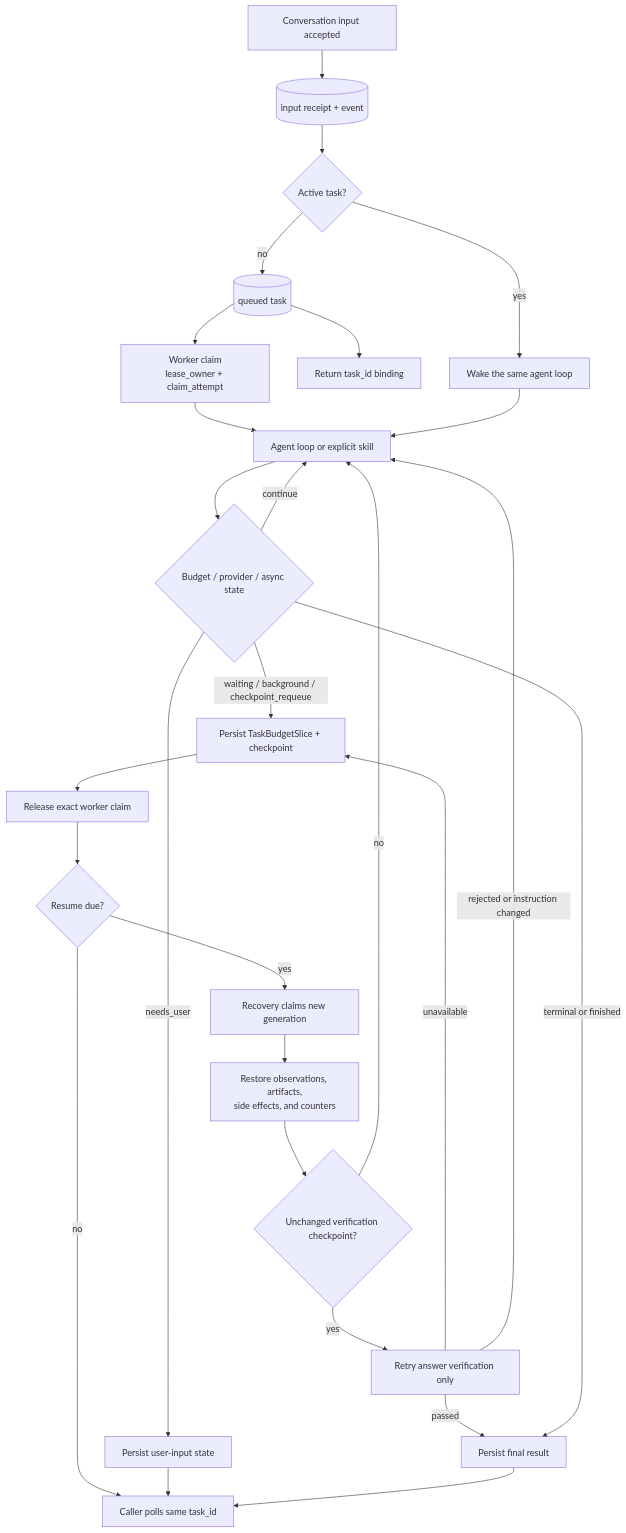
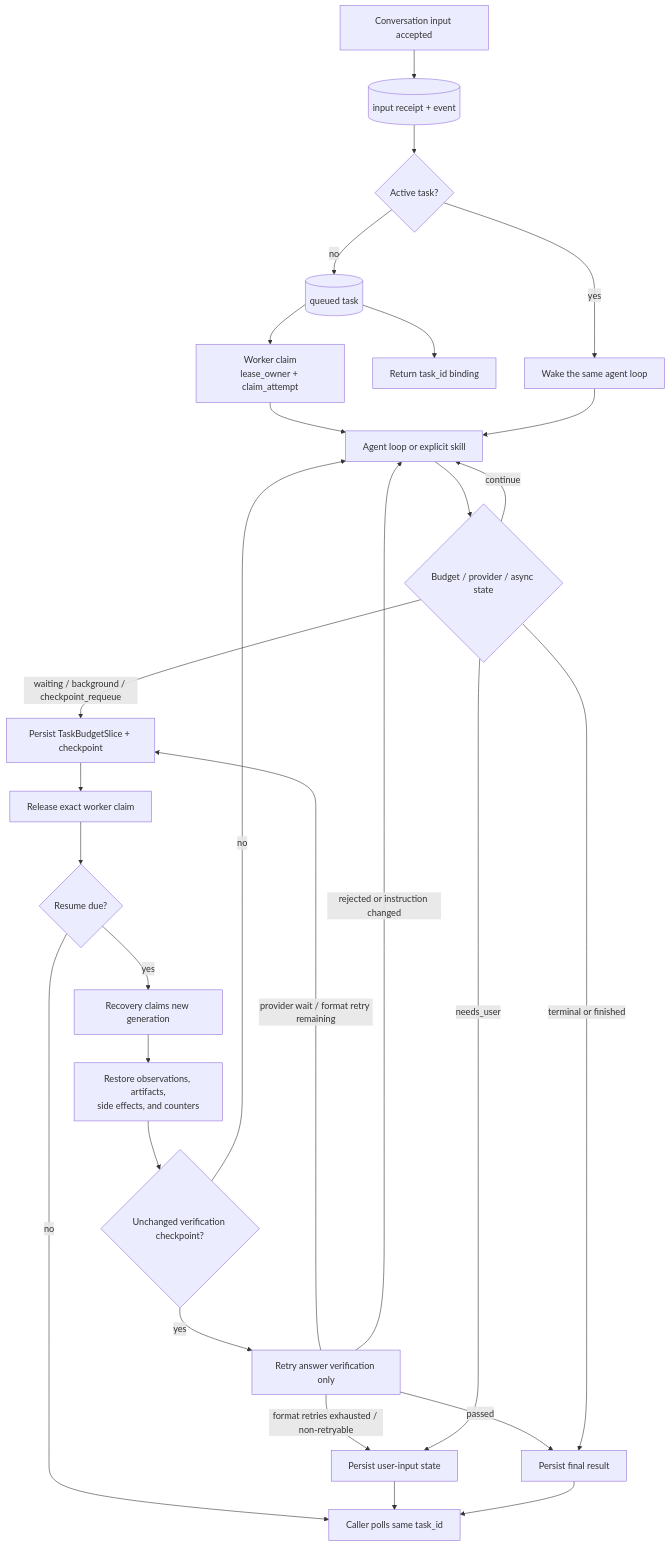
One commit to MatrixCoreX/RustClaw changed the second of 5 diagrams in docs/architecture/03-task-state-context.md. Above: the diagram before and after it, drawn with Mermaid. The commit also changed other lines of this file and 27 other files, not shown here.

````diff
--- a/docs/architecture/03-task-state-context.md
+++ b/docs/architecture/03-task-state-context.md
@@ -123,29 +128,30 @@
 ```mermaid
 flowchart TD
     A[Conversation input accepted] --> A1[(input receipt + event)]
     A1 --> A2{Active task?}
     A2 -->|no| B[(queued task)]
     A2 -->|yes| A3[Wake the same agent loop]
     B --> C[Return task_id binding]
     B --> D[Worker claim<br/>lease_owner + claim_attempt]
     D --> E[Agent loop or explicit skill]
     A3 --> E
     E --> F{Budget / provider / async state}
     F -->|continue| E
     F -->|waiting / background / checkpoint_requeue| G[Persist TaskBudgetSlice + checkpoint]
     G --> H[Release exact worker claim]
     H --> I{Resume due?}
     I -->|no| J[Caller polls same task_id]
     I -->|yes| K[Recovery claims new generation]
     K --> L[Restore observations, artifacts,<br/>side effects, and counters]
     L --> LV{Unchanged verification checkpoint?}
     LV -->|yes| VV[Retry answer verification only]
     LV -->|no| E
     VV -->|passed| M
-    VV -->|unavailable| G
+    VV -->|provider wait / format retry remaining| G
+    VV -->|format retries exhausted / non-retryable| N
     VV -->|rejected or instruction changed| E
     F -->|needs_user| N[Persist user-input state]
     N --> J
     F -->|terminal or finished| M[Persist final result]
     M --> J
 ```
````
